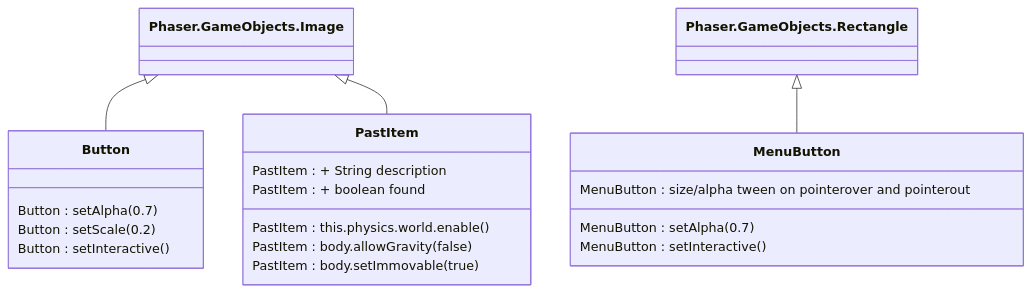
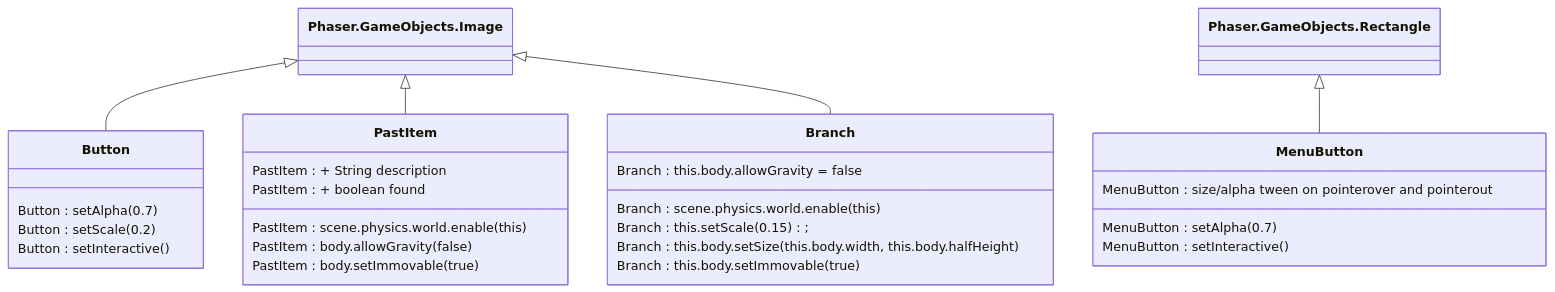
The diagram in ARCHITECTURE.md (pkarthi3/time-and-space-thing), drawn with Mermaid before and after one commit. The commit also changed 1 other file, not shown here.

Commit message:
added branch prefab, added vignette filter to introlevel2 and introlevel3, added tree with branches to introlevel3

````diff
--- a/ARCHITECTURE.md
+++ b/ARCHITECTURE.md
@@ -1,27 +1,36 @@
 ```mermaid
 classDiagram
     Phaser.GameObjects.Image <|-- Button
     Phaser.GameObjects.Image <|-- PastItem
+    Phaser.GameObjects.Image <|-- Branch
     class Button {
         Button : setAlpha(0.7)
         Button : setScale(0.2)
         Button : setInteractive()
     }
     
     class PastItem {
-        PastItem : this.physics.world.enable()
+        PastItem : scene.physics.world.enable(this)
         PastItem : + String description
         PastItem : body.allowGravity(false)
         PastItem : body.setImmovable(true)
         PastItem : + boolean found
+    }
+    
+    class Branch {
+        Branch : scene.physics.world.enable(this)
+        Branch : this.setScale(0.15);
+        Branch : this.body.setSize(this.body.width, this.body.halfHeight)
+        Branch : this.body.allowGravity = false
+        Branch : this.body.setImmovable(true)
 
     }
 
     Phaser.GameObjects.Rectangle <|-- MenuButton
 
     class MenuButton {
         MenuButton : setAlpha(0.7)
         MenuButton : setInteractive()
         MenuButton : size/alpha tween on pointerover and pointerout
     }
 ```
````
